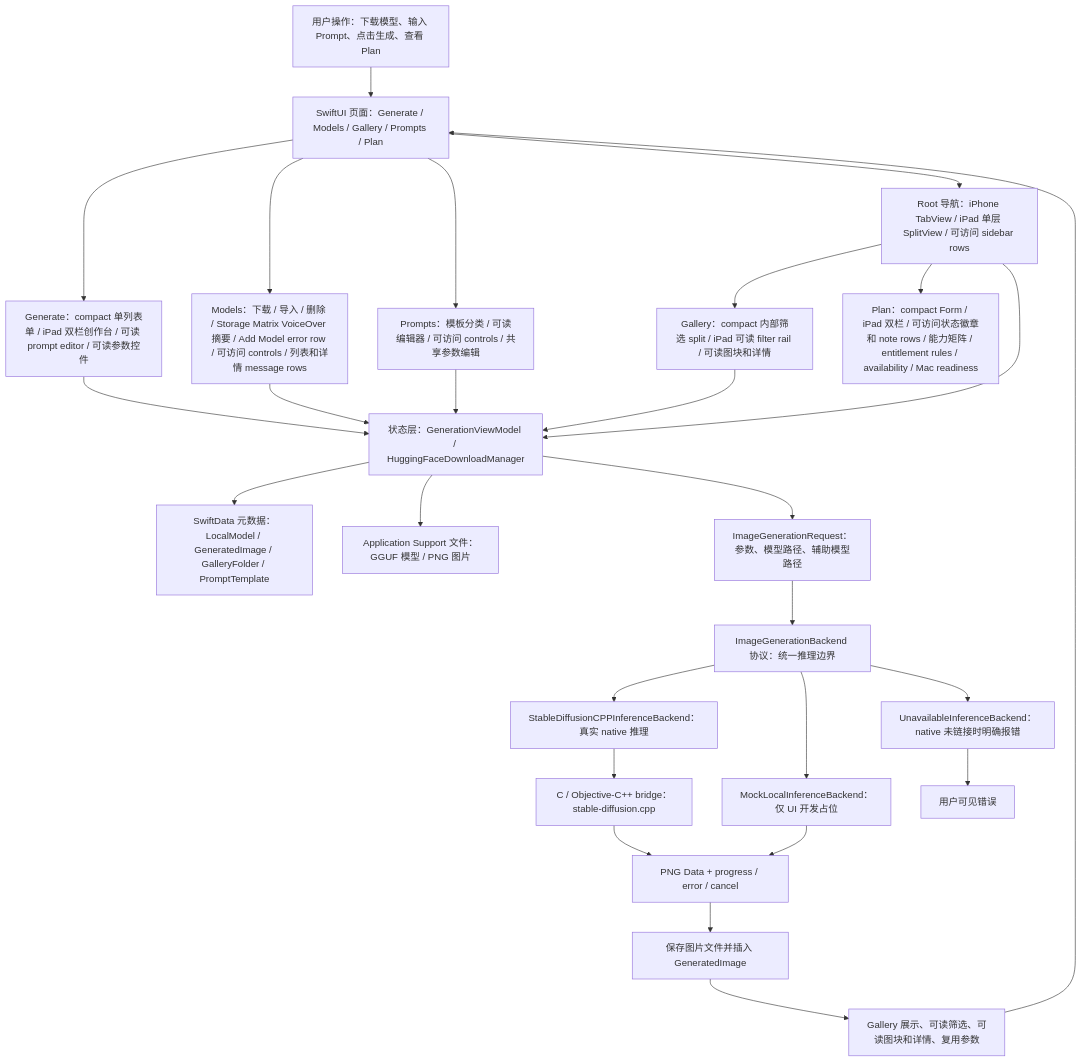
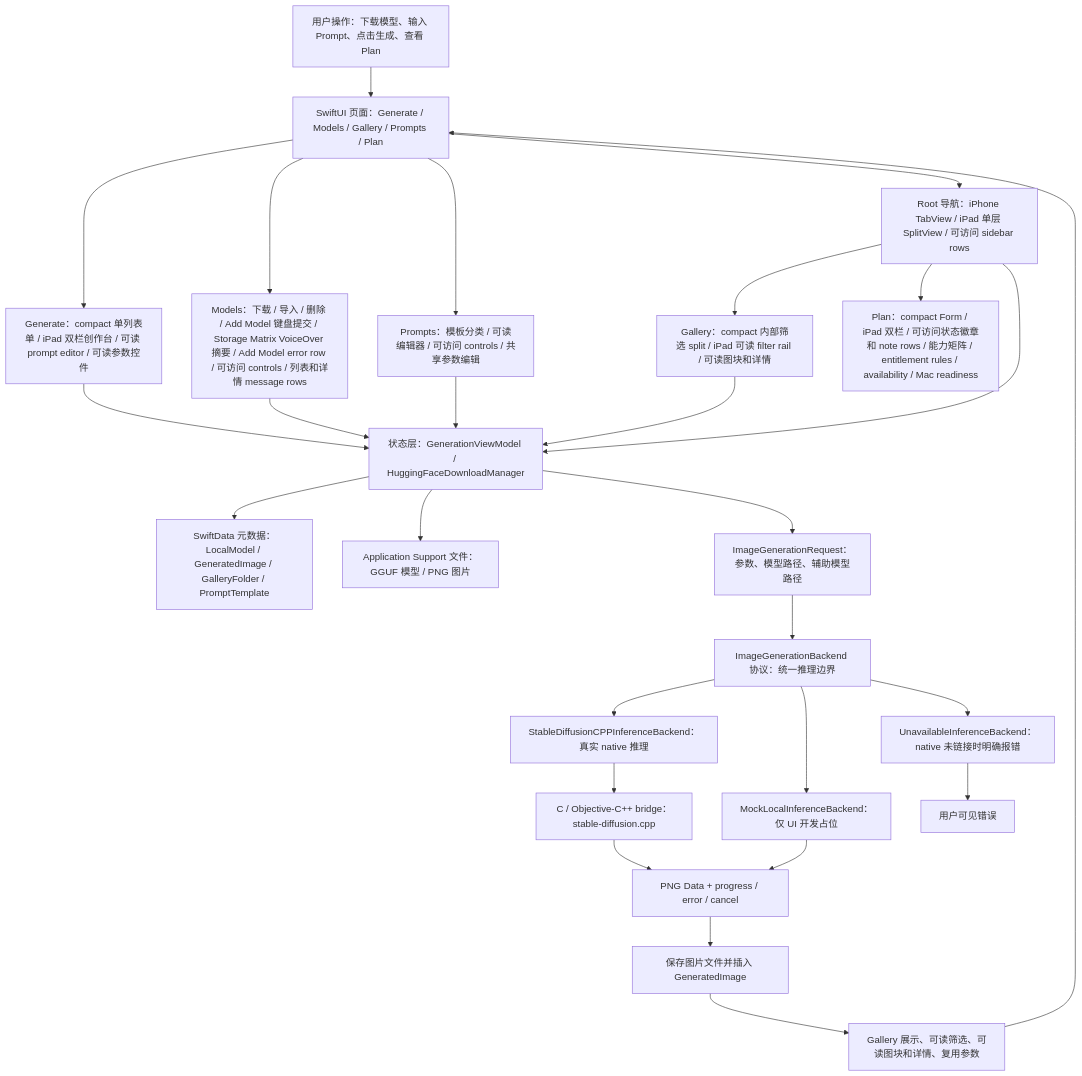
One commit to Altman-sam114/118 changed the first of 7 diagrams in md/flow/flowchart.md. Above: the diagram before and after it, drawn with Mermaid. The commit also changed other lines of this file and 5 other files, not shown here.

````diff
--- a/md/flow/flowchart.md
+++ b/md/flow/flowchart.md
@@ -9,29 +9,29 @@
 ```mermaid
 flowchart TD
   U["用户操作：下载模型、输入 Prompt、点击生成、查看 Plan"] --> UI["SwiftUI 页面：Generate / Models / Gallery / Prompts / Plan"]
   UI --> GENUI["Generate：compact 单列表单 / iPad 双栏创作台 / 可读 prompt editor / 可读参数控件"]
-  UI --> MODELUI["Models：下载 / 导入 / 删除 / Storage Matrix VoiceOver 摘要 / Add Model error row / 可访问 controls / 列表和详情 message rows"]
+  UI --> MODELUI["Models：下载 / 导入 / 删除 / Add Model 键盘提交 / Storage Matrix VoiceOver 摘要 / Add Model error row / 可访问 controls / 列表和详情 message rows"]
   UI --> PROMPTUI["Prompts：模板分类 / 可读编辑器 / 可访问 controls / 共享参数编辑"]
   UI --> NAV["Root 导航：iPhone TabView / iPad 单层 SplitView / 可访问 sidebar rows"]
   NAV --> GALUI["Gallery：compact 内部筛选 split / iPad 可读 filter rail / 可读图块和详情"]
   NAV --> PLANUI["Plan：compact Form / iPad 双栏 / 可访问状态徽章和 note rows / 能力矩阵 / entitlement rules / availability / Mac readiness"]
   NAV --> VM["状态层：GenerationViewModel / HuggingFaceDownloadManager"]
   GENUI --> VM
   MODELUI --> VM
   PROMPTUI --> VM
   GALUI --> VM
   VM --> SD["SwiftData 元数据：LocalModel / GeneratedImage / GalleryFolder / PromptTemplate"]
   VM --> FS["Application Support 文件：GGUF 模型 / PNG 图片"]
   VM --> REQ["ImageGenerationRequest：参数、模型路径、辅助模型路径"]
   REQ --> IFACE["ImageGenerationBackend 协议：统一推理边界"]
   IFACE --> NATIVE["StableDiffusionCPPInferenceBackend：真实 native 推理"]
   IFACE --> MOCK["MockLocalInferenceBackend：仅 UI 开发占位"]
   IFACE --> OFF["UnavailableInferenceBackend：native 未链接时明确报错"]
   NATIVE --> BRIDGE["C / Objective-C++ bridge：stable-diffusion.cpp"]
   BRIDGE --> PNG["PNG Data + progress / error / cancel"]
   MOCK --> PNG
   OFF --> ERR["用户可见错误"]
   PNG --> SAVE["保存图片文件并插入 GeneratedImage"]
   SAVE --> GALLERY["Gallery 展示、可读筛选、可读图块和详情、复用参数"]
   GALLERY --> UI
 ```
````
